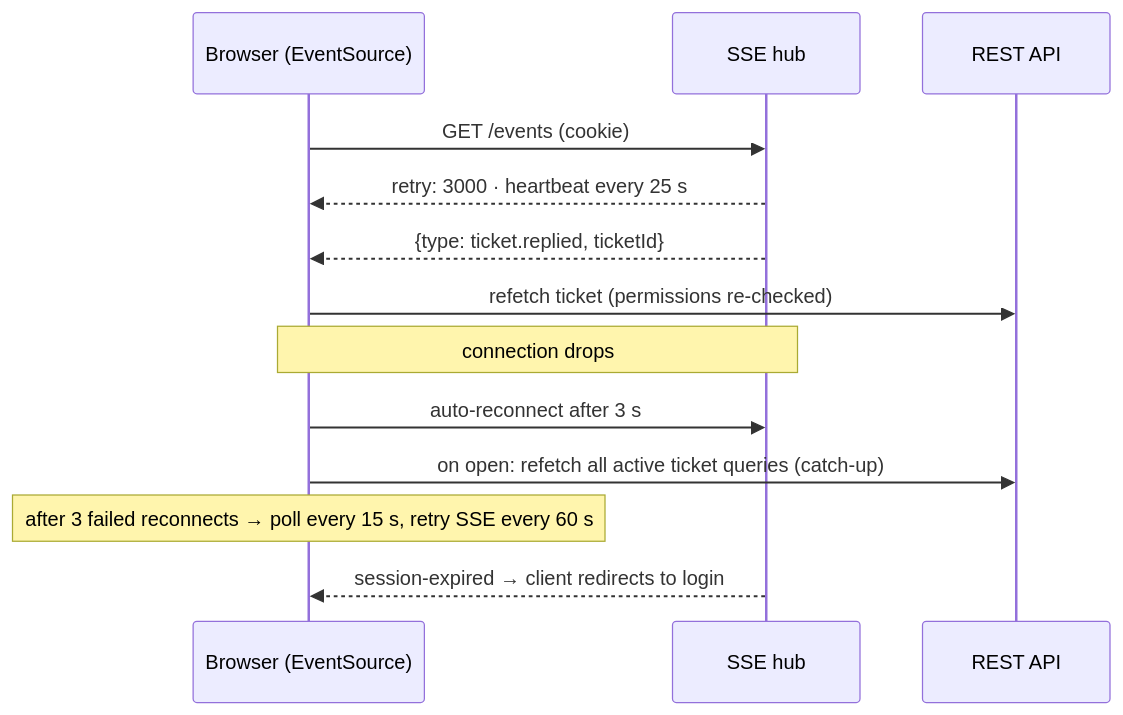
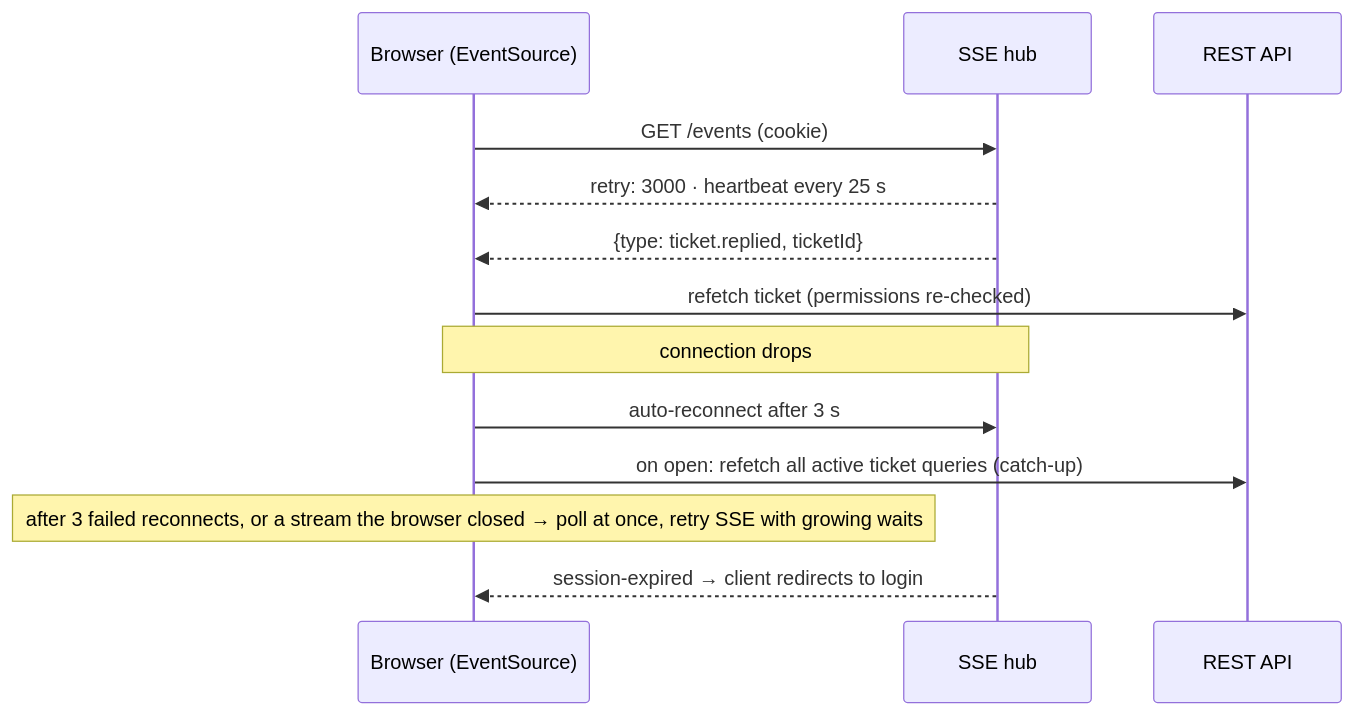
The eighth of 15 diagrams in docs/architecture.md (akshykmratloop/bookLeaf_support_system), drawn with Mermaid before and after one commit. The commit also changed other lines of this file and 4 other files, not shown here.

Commit message:
docs: 1 Nov hardening round in the security report, architecture, integration and status

````diff
--- a/docs/architecture.md
+++ b/docs/architecture.md
@@ -233,16 +278,16 @@
 ```mermaid
 sequenceDiagram
     participant C as Browser (EventSource)
     participant S as SSE hub
     participant R as REST API
 
     C->>S: GET /events (cookie)
     S-->>C: retry: 3000 · heartbeat every 25 s
     S-->>C: {type: ticket.replied, ticketId}
     C->>R: refetch ticket (permissions re-checked)
     Note over C,S: connection drops
     C->>S: auto-reconnect after 3 s
     C->>R: on open: refetch all active ticket queries (catch-up)
-    Note over C: after 3 failed reconnects → poll every 15 s, retry SSE every 60 s
+    Note over C: after 3 failed reconnects, or a stream the browser closed → poll at once, retry SSE with growing waits
     S-->>C: session-expired → client redirects to login
 ```
````
